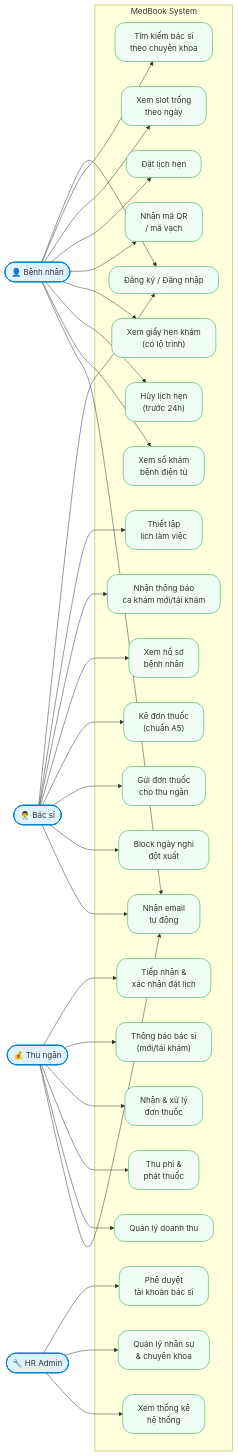
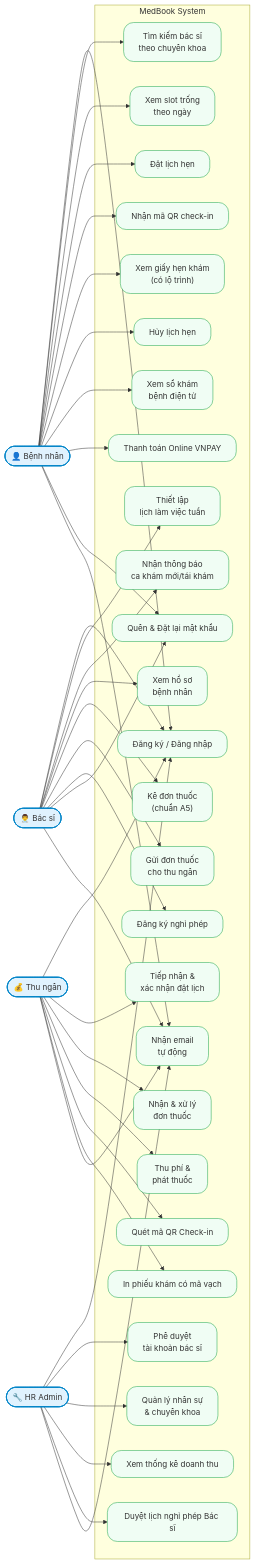
The fourth of 4 diagrams in TruongTheHaiThinh_project-proposal.md (TruongTheHaiThinh/MedBook-Online-Medical-Appointment-Booking-System), drawn with Mermaid before and after one commit. The commit also changed other lines of this file, not shown here.

Commit message:
docs: update project proposal with final database schemas, use cases, architecture, and state machine diagrams

````diff
--- a/TruongTheHaiThinh_project-proposal.md
+++ b/TruongTheHaiThinh_project-proposal.md
@@ -349,66 +410,80 @@
 ```mermaid
 graph LR
     classDef actor fill:#e0f2fe,stroke:#0284c7,stroke-width:2px
     classDef usecase fill:#f0fdf4,stroke:#16a34a,stroke-width:1px,rx:20
 
     Patient(["👤 Bệnh nhân"]):::actor
     Doctor(["👨‍⚕️ Bác sĩ"]):::actor
     HRAdmin(["🔧 HR Admin"]):::actor
     Cashier(["💰 Thu ngân"]):::actor
 
     subgraph MedBook System
         UC1["Đăng ký / Đăng nhập"]:::usecase
         UC2["Tìm kiếm bác sĩ\ntheo chuyên khoa"]:::usecase
         UC3["Xem slot trống\ntheo ngày"]:::usecase
         UC4["Đặt lịch hẹn"]:::usecase
-        UC5["Nhận mã QR\n/ mã vạch"]:::usecase
+        UC5["Nhận mã QR check-in"]:::usecase
         UC6["Xem giấy hẹn khám\n(có lộ trình)"]:::usecase
-        UC7["Hủy lịch hẹn\n(trước 24h)"]:::usecase
+        UC7["Hủy lịch hẹn"]:::usecase
         UC8["Xem sổ khám\nbệnh điện tử"]:::usecase
-        UC9["Thiết lập\nlịch làm việc"]:::usecase
+        UC24["Thanh toán Online VNPAY"]:::usecase
+        UC29["Quên & Đặt lại mật khẩu"]:::usecase
+        
+        UC9["Thiết lập\nlịch làm việc tuần"]:::usecase
         UC10["Nhận thông báo\nca khám mới/tái khám"]:::usecase
         UC11["Xem hồ sơ\nbệnh nhân"]:::usecase
         UC12["Kê đơn thuốc\n(chuẩn A5)"]:::usecase
         UC13["Gửi đơn thuốc\ncho thu ngân"]:::usecase
-        UC14["Block ngày nghỉ\nđột xuất"]:::usecase
+        UC25["Đăng ký nghỉ phép"]:::usecase
+        
         UC15["Tiếp nhận &\nxác nhận đặt lịch"]:::usecase
-        UC16["Thông báo bác sĩ\n(mới/tái khám)"]:::usecase
         UC17["Nhận & xử lý\nđơn thuốc"]:::usecase
         UC18["Thu phí &\nphát thuốc"]:::usecase
-        UC19["Quản lý doanh thu"]:::usecase
+        UC27["Quét mã QR Check-in"]:::usecase
+        UC28["In phiếu khám có mã vạch"]:::usecase
+        
         UC20["Phê duyệt\ntài khoản bác sĩ"]:::usecase
         UC21["Quản lý nhân sự\n& chuyên khoa"]:::usecase
-        UC22["Xem thống kê\nhệ thống"]:::usecase
+        UC22["Xem thống kê doanh thu"]:::usecase
+        UC26["Duyệt lịch nghỉ phép Bác sĩ"]:::usecase
+        
         UC23["Nhận email\ntự động"]:::usecase
     end
 
     Patient --> UC1
     Patient --> UC2
     Patient --> UC3
     Patient --> UC4
     Patient --> UC5
     Patient --> UC6
     Patient --> UC7
     Patient --> UC8
+    Patient --> UC24
+    Patient --> UC29
     Patient --> UC23
 
     Doctor --> UC1
     Doctor --> UC9
     Doctor --> UC10
     Doctor --> UC11
     Doctor --> UC12
     Doctor --> UC13
-    Doctor --> UC14
+    Doctor --> UC25
+    Doctor --> UC29
     Doctor --> UC23
 
+    Cashier --> UC1
     Cashier --> UC15
-    Cashier --> UC16
     Cashier --> UC17
     Cashier --> UC18
-    Cashier --> UC19
+    Cashier --> UC27
+    Cashier --> UC28
     Cashier --> UC23
 
+    HRAdmin --> UC1
     HRAdmin --> UC20
     HRAdmin --> UC21
     HRAdmin --> UC22
+    HRAdmin --> UC26
+    HRAdmin --> UC23
 ```
````
